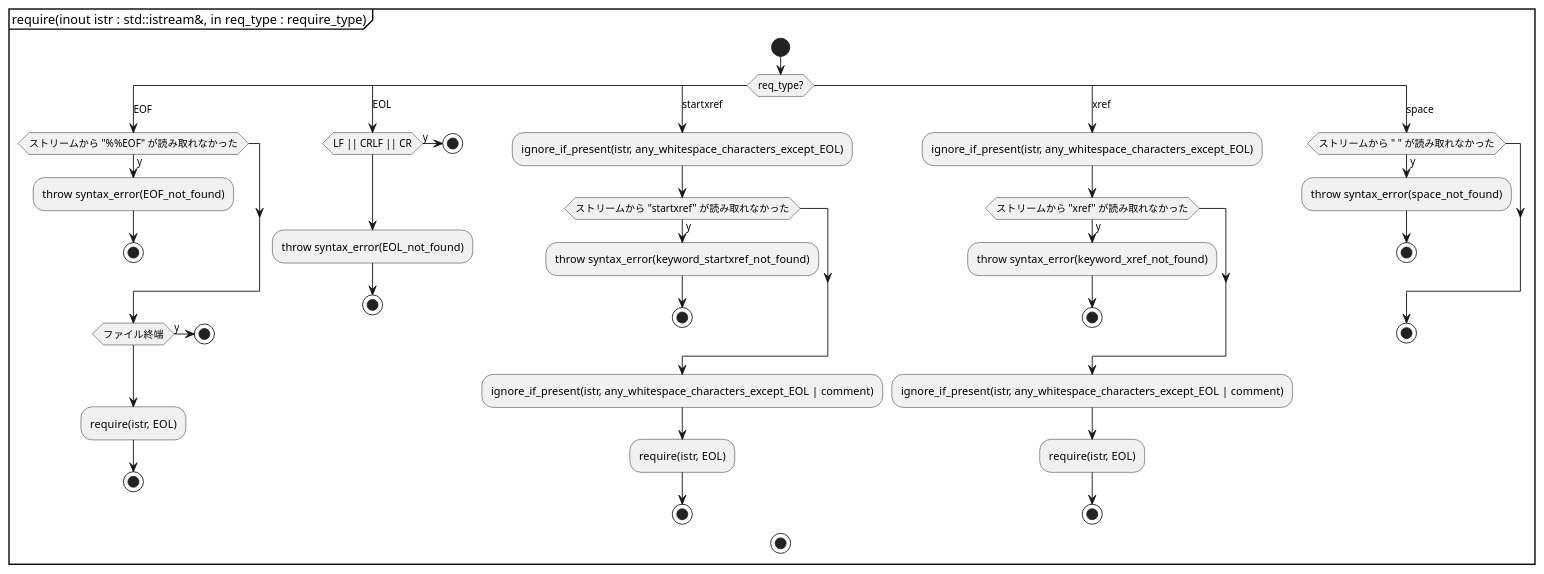
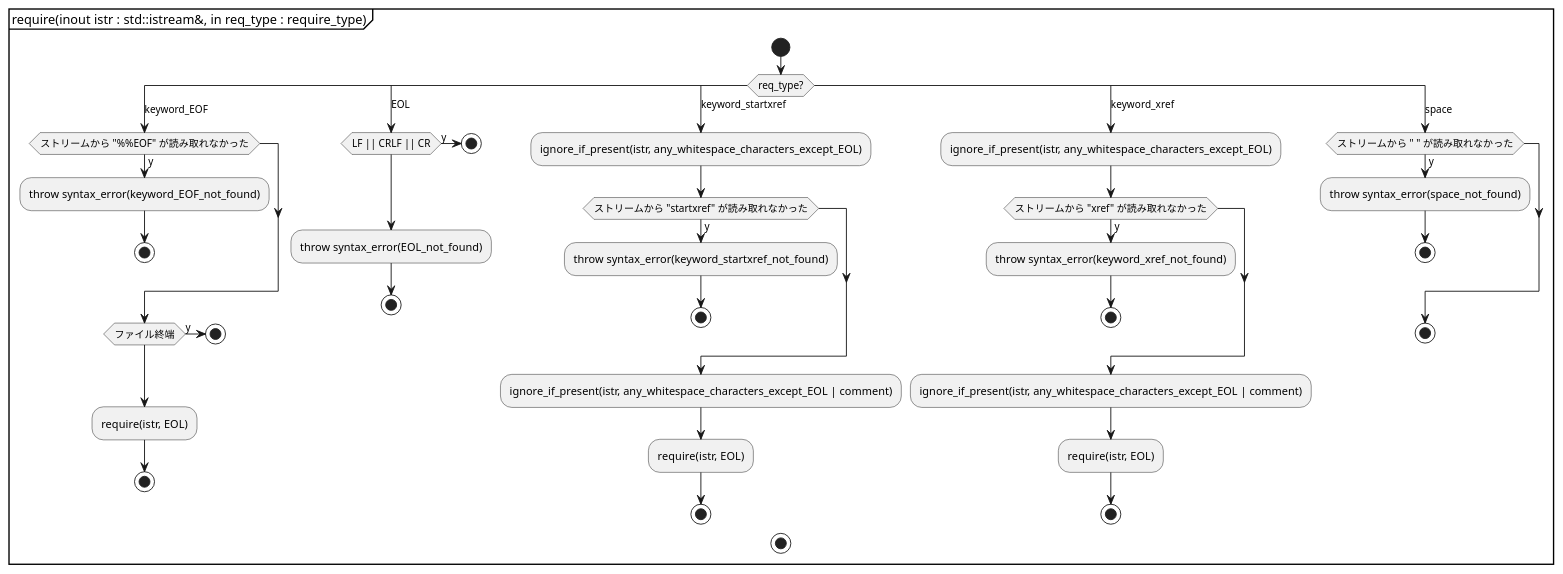
One commit to KodaiYM/PDFReader changed the eighth of 11 diagrams in document/parser.activity.pu. Above: the diagram before and after it, drawn with PlantUML. The commit also changed other lines of this file and 8 other files, not shown here.

```diff
--- a/document/parser.activity.pu
+++ b/document/parser.activity.pu
@@ -164,51 +164,51 @@
 @startuml require
 partition "require(inout istr : std::istream&, in req_type : require_type)" {
 start
 	switch (req_type?)
-	case (EOF)
+	case (keyword_EOF)
 		if (ストリームから "%%EOF" が読み取れなかった) then (y)
-			:throw syntax_error(EOF_not_found);
+			:throw syntax_error(keyword_EOF_not_found);
 			stop
 		endif
 
 		if (ファイル終端) then (y)
 			stop
 		endif
 
 		:require(istr, EOL);
 		stop
 	case (EOL)
 		if (LF || CRLF || CR) then (y)
 			stop
 		endif
 
 		:throw syntax_error(EOL_not_found);
 		stop
-	case (startxref)
+	case (keyword_startxref)
 		:ignore_if_present(istr, any_whitespace_characters_except_EOL);
 		if (ストリームから "startxref" が読み取れなかった) then (y)
 			:throw syntax_error(keyword_startxref_not_found);
 			stop
 		endif
 		:ignore_if_present(istr, any_whitespace_characters_except_EOL | comment);
 		:require(istr, EOL);
 		stop
-	case (xref)
+	case (keyword_xref)
 		:ignore_if_present(istr, any_whitespace_characters_except_EOL);
 		if (ストリームから "xref" が読み取れなかった) then (y)
 			:throw syntax_error(keyword_xref_not_found);
 			stop
 		endif
 		:ignore_if_present(istr, any_whitespace_characters_except_EOL | comment);
 		:require(istr, EOL);
 		stop
 	case (space)
 		if (ストリームから " " が読み取れなかった) then (y)
 			:throw syntax_error(space_not_found);
 			stop
 		endif
 		stop
 	endswitch
 stop
 }
 @enduml
```
